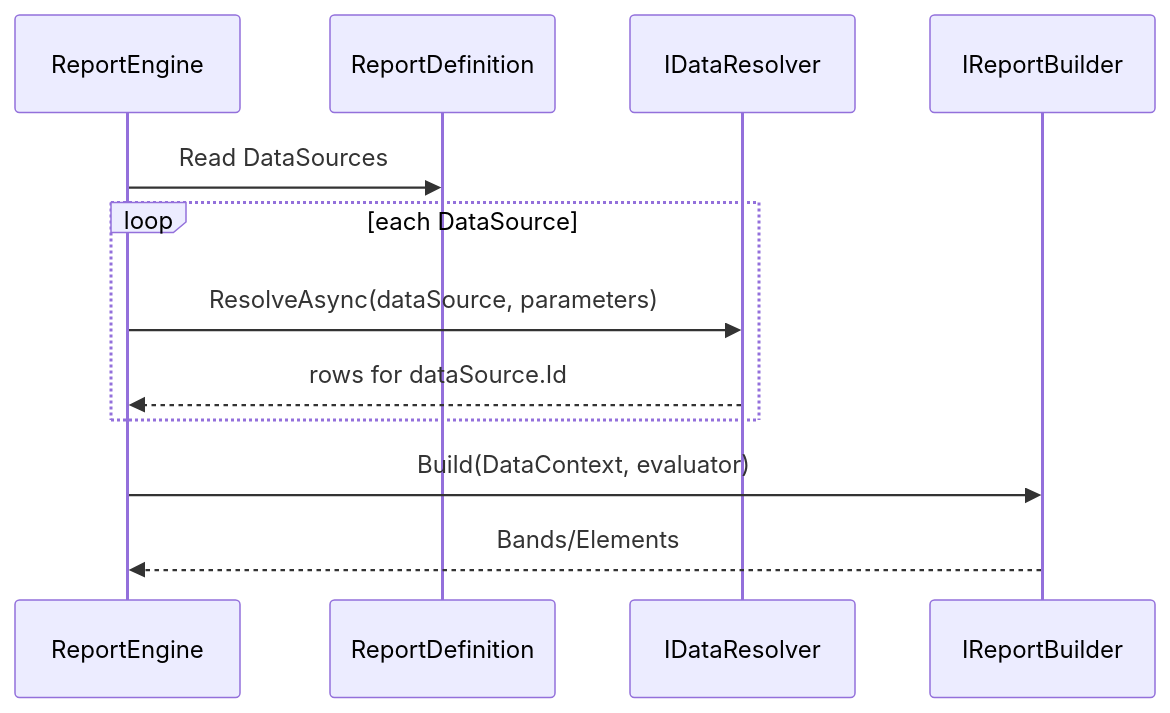
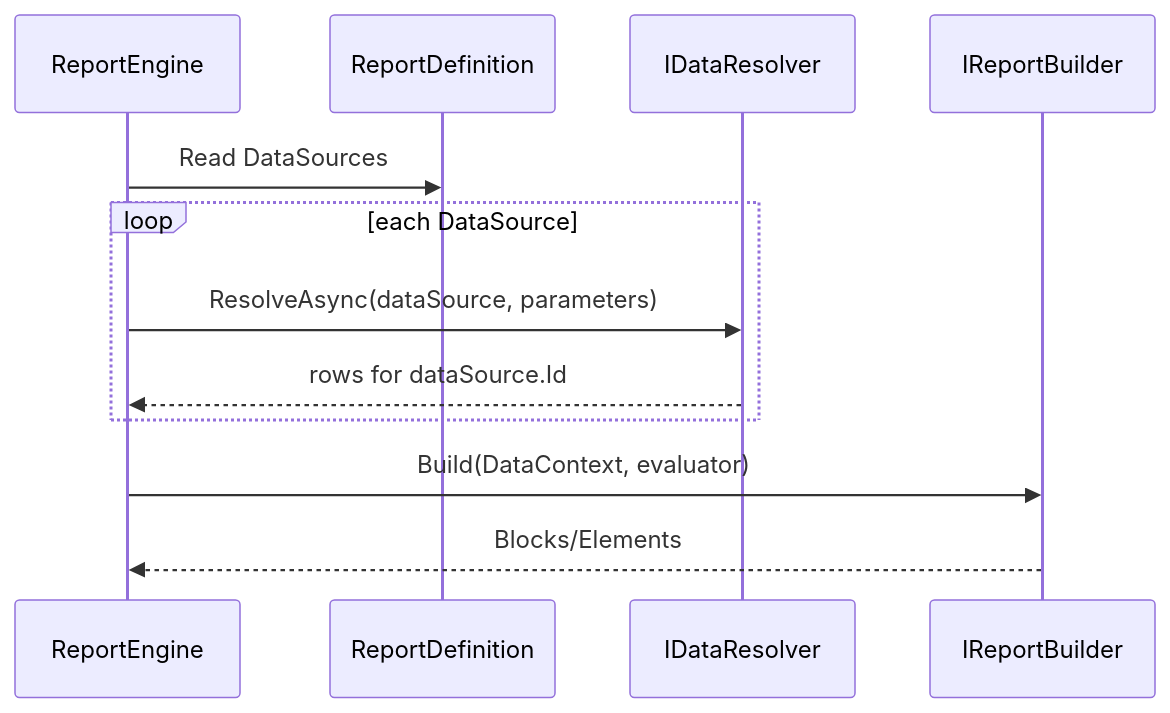
One commit to Netcodr81/kinetic-reports changed the second of 2 diagrams in docs/13-report-authoring-and-json-workflow.md. Above: the diagram before and after it, drawn with Mermaid. The commit also changed other lines of this file and 49 other files, not shown here.

````diff
--- a/docs/13-report-authoring-and-json-workflow.md
+++ b/docs/13-report-authoring-and-json-workflow.md
@@ -108,15 +108,15 @@
 ```mermaid
 sequenceDiagram
     participant Engine as ReportEngine
     participant Def as ReportDefinition
     participant Resolver as IDataResolver
     participant Builder as IReportBuilder
 
     Engine->>Def: Read DataSources
     loop each DataSource
       Engine->>Resolver: ResolveAsync(dataSource, parameters)
       Resolver-->>Engine: rows for dataSource.Id
     end
     Engine->>Builder: Build(DataContext, evaluator)
-    Builder-->>Engine: Bands/Elements
+    Builder-->>Engine: Blocks/Elements
 ```
````
